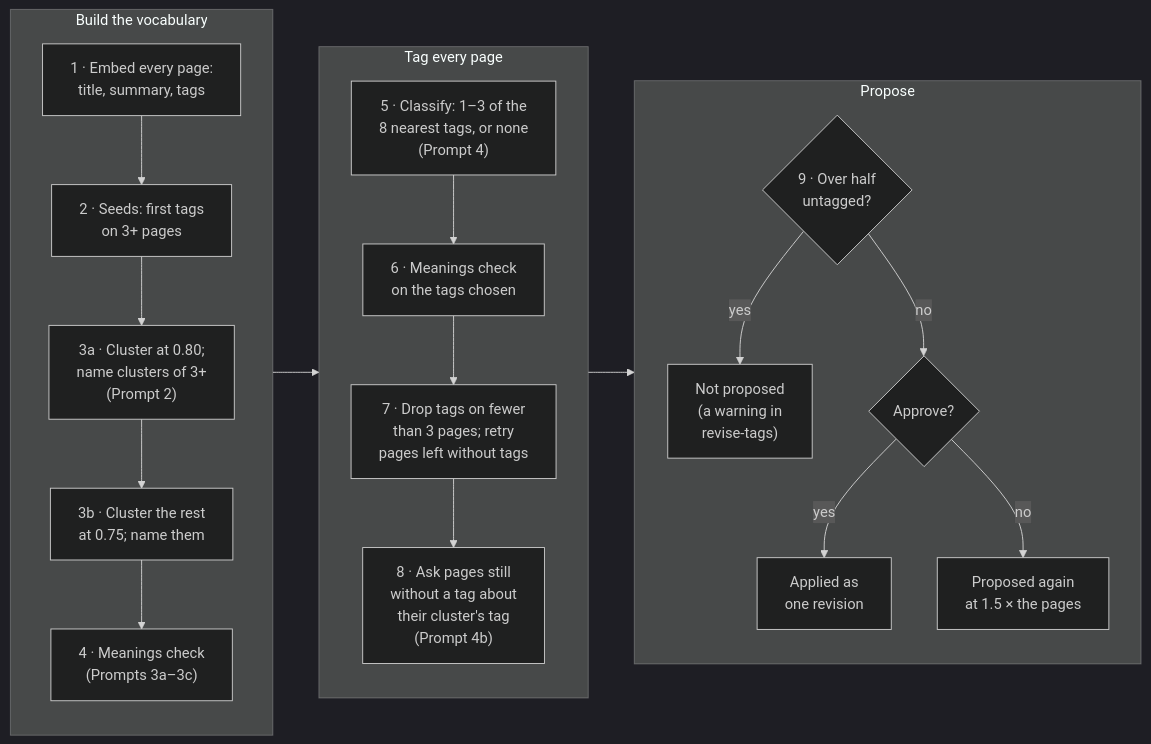
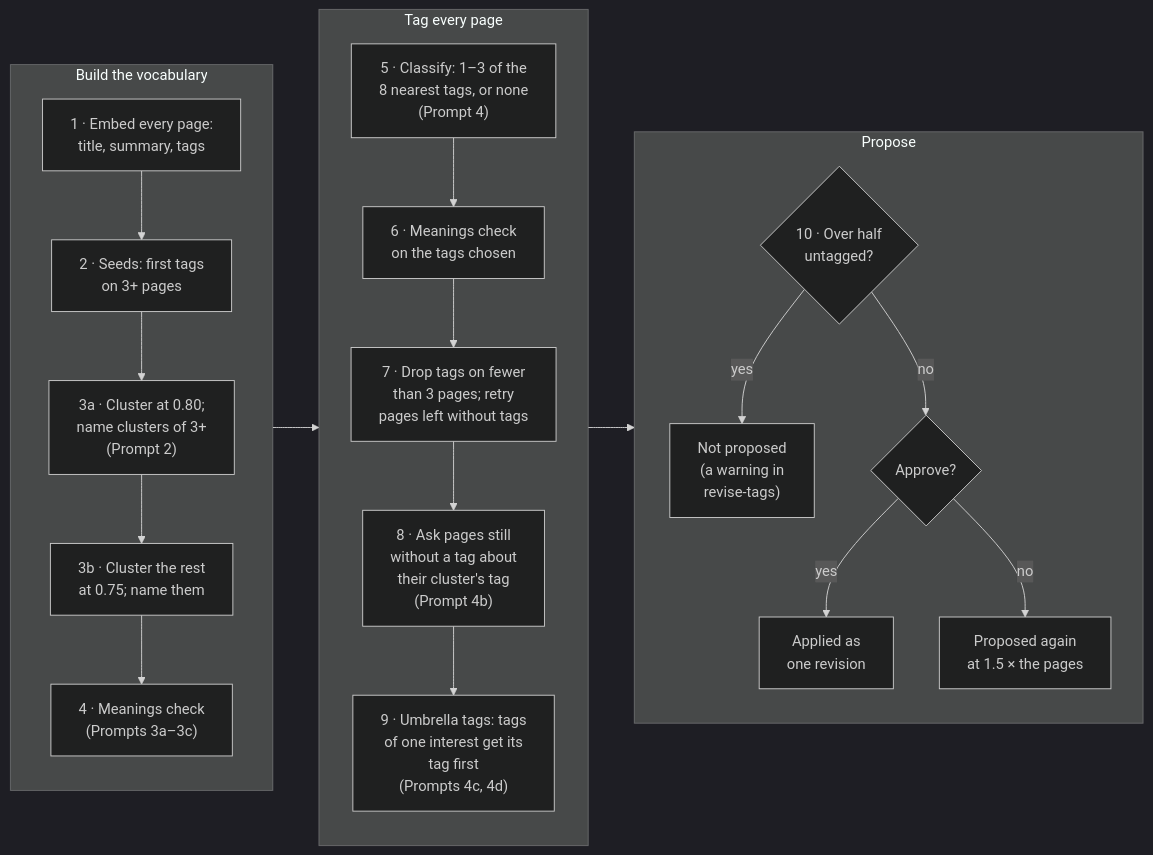
Before and after one commit to agegechkori/tabkeeper: the fourth of 10 diagrams in docs/tagging-algorithm.md, drawn with Mermaid (dark theme). The commit also changed other lines of this file and 6 other files, not shown here.

````diff
--- a/docs/tagging-algorithm.md
+++ b/docs/tagging-algorithm.md
@@ -233,24 +234,25 @@
 ```mermaid
 flowchart LR
   subgraph build["Build the vocabulary"]
     direction TB
     e["1 · Embed every page:<br/>title, summary, tags"] --> s["2 · Seeds: first tags<br/>on 3+ pages"]
     s --> c1["3a · Cluster at 0.80;<br/>name clusters of 3+<br/>(Prompt 2)"]
     c1 --> c2["3b · Cluster the rest<br/>at 0.75; name them"]
     c2 --> mc["4 · Meanings check<br/>(Prompts 3a–3c)"]
   end
   subgraph tag["Tag every page"]
     direction TB
     cl["5 · Classify: 1–3 of the<br/>8 nearest tags, or none<br/>(Prompt 4)"] --> mc2["6 · Meanings check<br/>on the tags chosen"]
     mc2 --> sup["7 · Drop tags on fewer<br/>than 3 pages; retry<br/>pages left without tags"]
     sup --> res["8 · Ask pages still<br/>without a tag about<br/>their cluster's tag<br/>(Prompt 4b)"]
+    res --> um["9 · Umbrella tags: tags<br/>of one interest get its<br/>tag first<br/>(Prompts 4c, 4d)"]
   end
   subgraph decide["Propose"]
     direction TB
-    g{"9 · Over half<br/>untagged?"} -->|"yes"| stop["Not proposed<br/>(a warning in<br/>revise-tags)"]
+    g{"10 · Over half<br/>untagged?"} -->|"yes"| stop["Not proposed<br/>(a warning in<br/>revise-tags)"]
     g -->|"no"| ap{"Approve?"}
     ap -->|"yes"| done["Applied as<br/>one revision"]
     ap -->|"no"| dec["Proposed again<br/>at 1.5 × the pages"]
   end
   build --> tag --> decide
 ```
````
